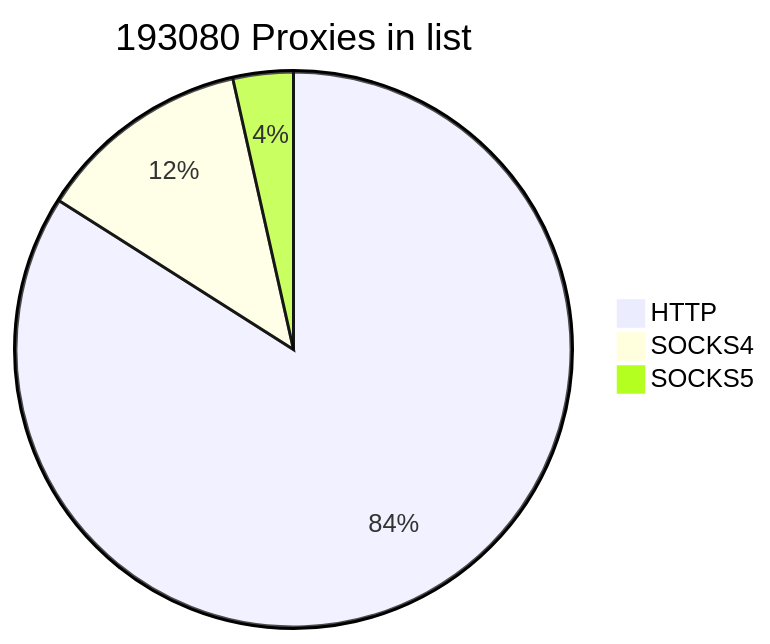
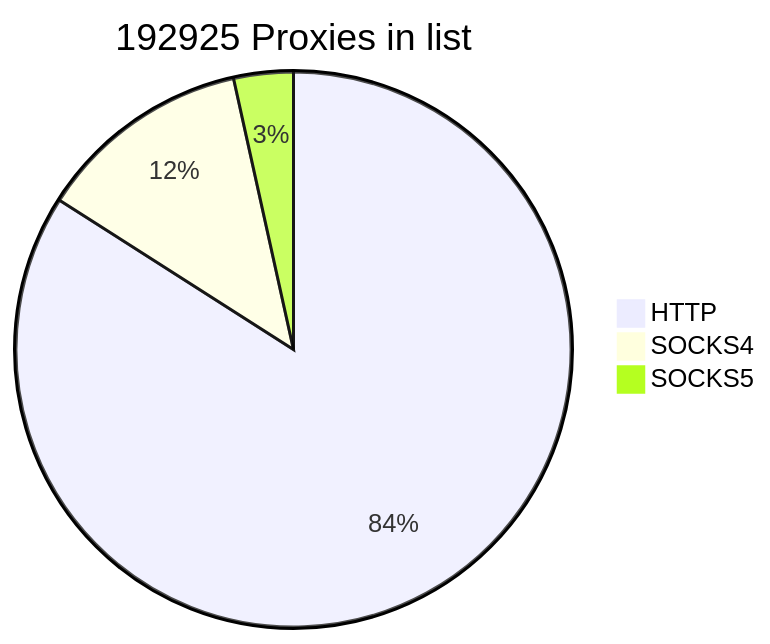
Before and after one commit to cutipu/proxylist: the first of 2 diagrams in README.md, drawn with Mermaid. The commit also changed other lines of this file, not shown here.

````diff
--- a/README.md
+++ b/README.md
@@ -2,7 +2,7 @@
 ```mermaid
-pie title 193080 Proxies in list
-    "HTTP" : 162202
-    "SOCKS4" : 24105
-    "SOCKS5" : 6773
+pie title 192925 Proxies in list
+    "HTTP" : 162136
+    "SOCKS4" : 24104
+    "SOCKS5" : 6685
             
 ```
````
